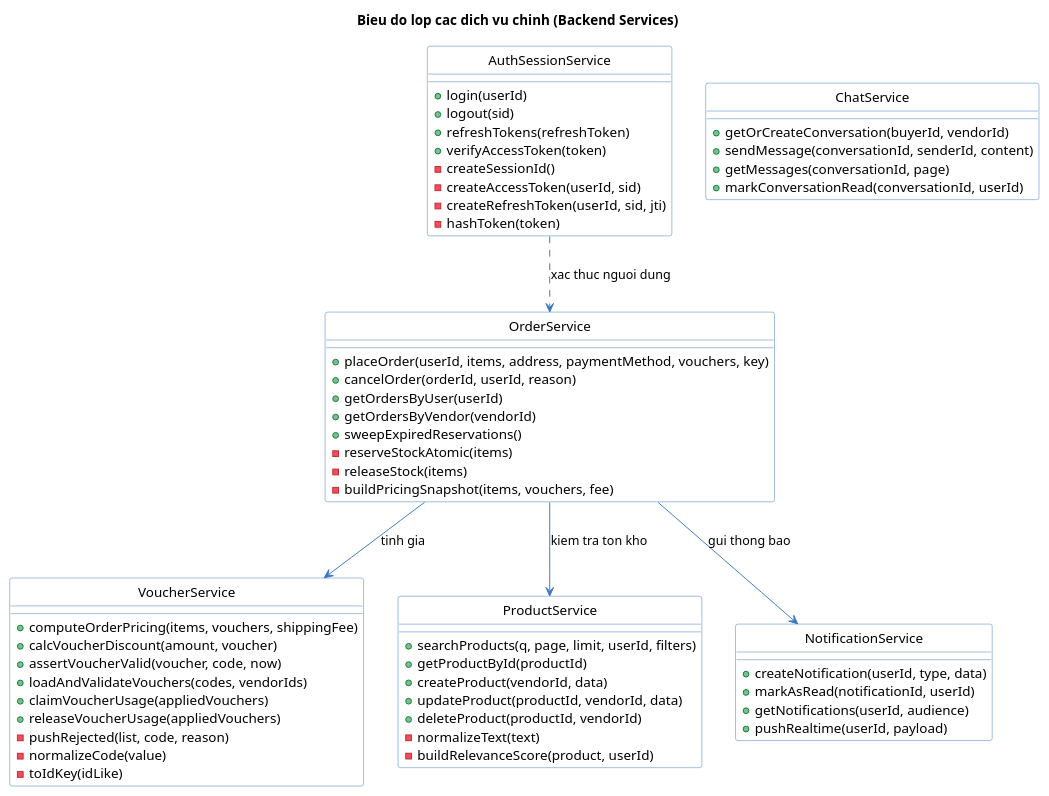
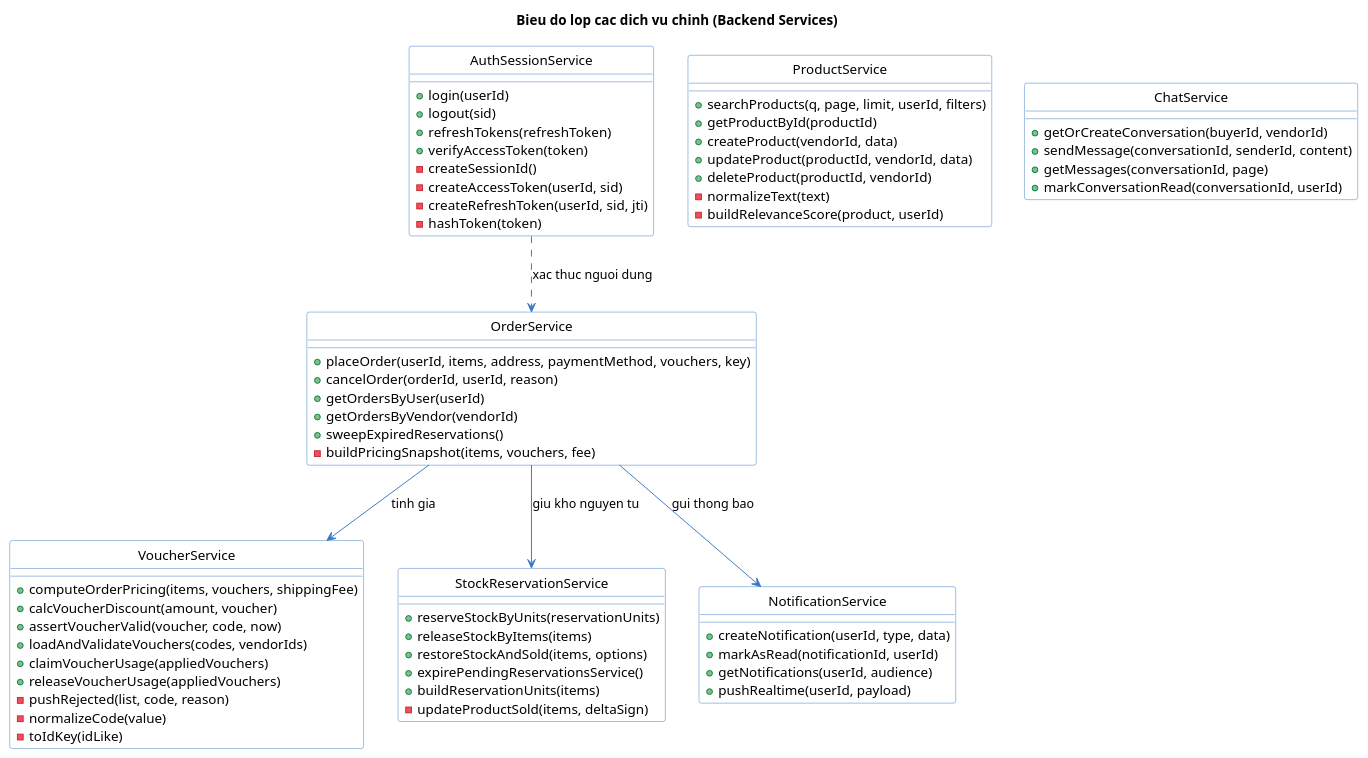
Before and after one commit to kiwwi1/DATN: the diagram in report/Chuong/plantuml/service_class_diagram.puml, drawn with PlantUML. The commit also changed 11 other files, not shown here.

```diff
--- a/report/Chuong/plantuml/service_class_diagram.puml
+++ b/report/Chuong/plantuml/service_class_diagram.puml
@@ -1,73 +1,80 @@
 @startuml
 hide circle
 skinparam shadowing false
 skinparam classBackgroundColor white
 skinparam classBorderColor #3A78C2
 skinparam ArrowColor #3A78C2
 
 title Bieu do lop cac dich vu chinh (Backend Services)
 
 class VoucherService {
   +computeOrderPricing(items, vouchers, shippingFee)
   +calcVoucherDiscount(amount, voucher)
   +assertVoucherValid(voucher, code, now)
   +loadAndValidateVouchers(codes, vendorIds)
   +claimVoucherUsage(appliedVouchers)
   +releaseVoucherUsage(appliedVouchers)
   -pushRejected(list, code, reason)
   -normalizeCode(value)
   -toIdKey(idLike)
 }
 
+class StockReservationService {
+  +reserveStockByUnits(reservationUnits)
+  +releaseStockByItems(items)
+  +restoreStockAndSold(items, options)
+  +expirePendingReservationsService()
+  +buildReservationUnits(items)
+  -updateProductSold(items, deltaSign)
+}
+
 class OrderService {
   +placeOrder(userId, items, address, paymentMethod, vouchers, key)
   +cancelOrder(orderId, userId, reason)
   +getOrdersByUser(userId)
   +getOrdersByVendor(vendorId)
   +sweepExpiredReservations()
-  -reserveStockAtomic(items)
-  -releaseStock(items)
   -buildPricingSnapshot(items, vouchers, fee)
 }
 
 class ProductService {
   +searchProducts(q, page, limit, userId, filters)
   +getProductById(productId)
   +createProduct(vendorId, data)
   +updateProduct(productId, vendorId, data)
   +deleteProduct(productId, vendorId)
   -normalizeText(text)
   -buildRelevanceScore(product, userId)
 }
 
 class AuthSessionService {
   +login(userId)
   +logout(sid)
   +refreshTokens(refreshToken)
   +verifyAccessToken(token)
   -createSessionId()
   -createAccessToken(userId, sid)
   -createRefreshToken(userId, sid, jti)
   -hashToken(token)
 }
 
 class NotificationService {
   +createNotification(userId, type, data)
   +markAsRead(notificationId, userId)
   +getNotifications(userId, audience)
   +pushRealtime(userId, payload)
 }
 
 class ChatService {
   +getOrCreateConversation(buyerId, vendorId)
   +sendMessage(conversationId, senderId, content)
   +getMessages(conversationId, page)
   +markConversationRead(conversationId, userId)
 }
 
 OrderService --> VoucherService : tinh gia
-OrderService --> ProductService : kiem tra ton kho
+OrderService --> StockReservationService : giu kho nguyen tu
 OrderService --> NotificationService : gui thong bao
 AuthSessionService ..> OrderService : xac thuc nguoi dung
 
 @enduml
```
